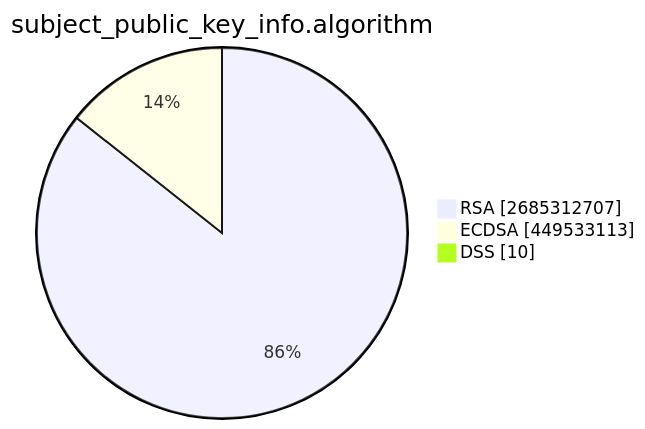
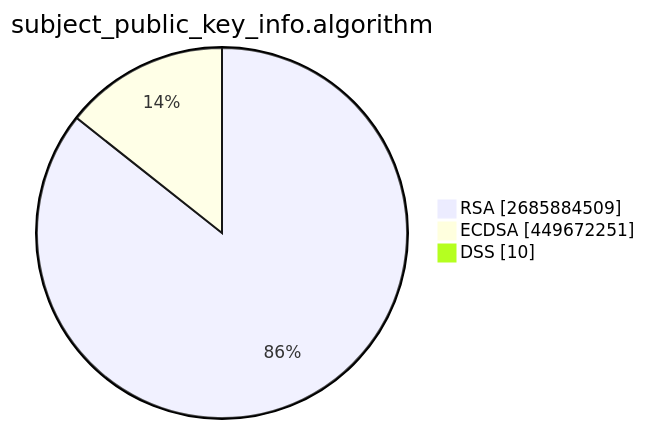
The second of 15 diagrams in TOTAL/README.md (christiankrug/ctmonitor_visualization), drawn with Mermaid before and after one commit. The commit also changed other lines of this file, not shown here.

````diff
--- a/TOTAL/README.md
+++ b/TOTAL/README.md
@@ -6,7 +6,7 @@
 ```mermaid
 pie showData
 title subject_public_key_info.algorithm
-"RSA" :2685312707
-"ECDSA" :449533113
+"RSA" :2685884509
+"ECDSA" :449672251
 "DSS" :10
 ```
````
